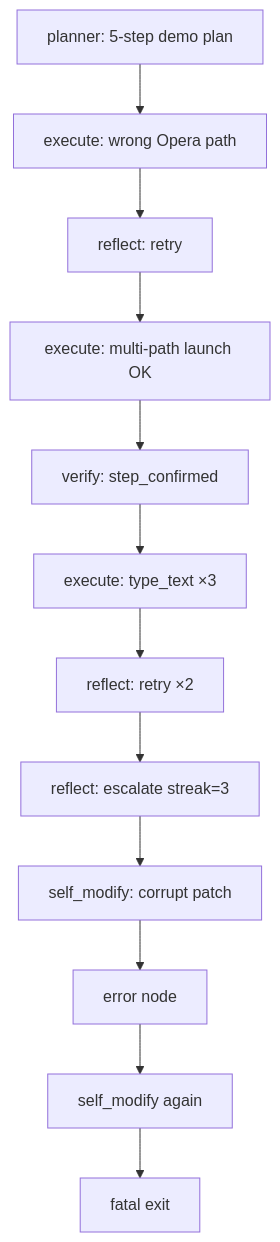
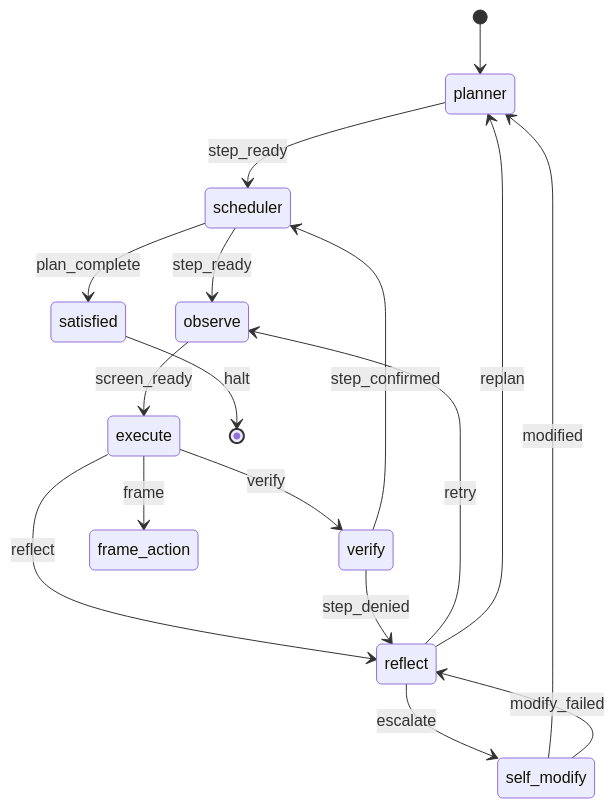
One commit to wgabrys88/endgame-ai changed the second of 2 diagrams in README.md. Above: the diagram before and after it, drawn with Mermaid. The commit also changed other lines of this file and 13 other files, not shown here.

````diff
--- a/README.md
+++ b/README.md
@@ -100,14 +74,19 @@
 ```mermaid
-flowchart TB
-  P[planner: 5-step demo plan] --> E1[execute: wrong Opera path]
-  E1 --> R1[reflect: retry]
-  R1 --> E2[execute: multi-path launch OK]
-  E2 --> V[verify: step_confirmed]
-  V --> E3[execute: type_text ×3]
-  E3 --> R2[reflect: retry ×2]
-  R2 --> R3[reflect: escalate streak=3]
-  R3 --> SM[self_modify: corrupt patch]
-  SM --> ERR[error node]
-  ERR --> SM2[self_modify again]
-  SM2 --> DEAD[fatal exit]
+stateDiagram-v2
+    [*] --> planner
+    planner --> scheduler: step_ready
+    scheduler --> observe: step_ready
+    observe --> execute: screen_ready
+    execute --> verify: verify
+    execute --> reflect: reflect
+    execute --> frame_action: frame
+    verify --> scheduler: step_confirmed
+    verify --> reflect: step_denied
+    reflect --> observe: retry
+    reflect --> planner: replan
+    reflect --> self_modify: escalate
+    self_modify --> planner: modified
+    self_modify --> reflect: modify_failed
+    scheduler --> satisfied: plan_complete
+    satisfied --> [*]: halt
 ```
````
